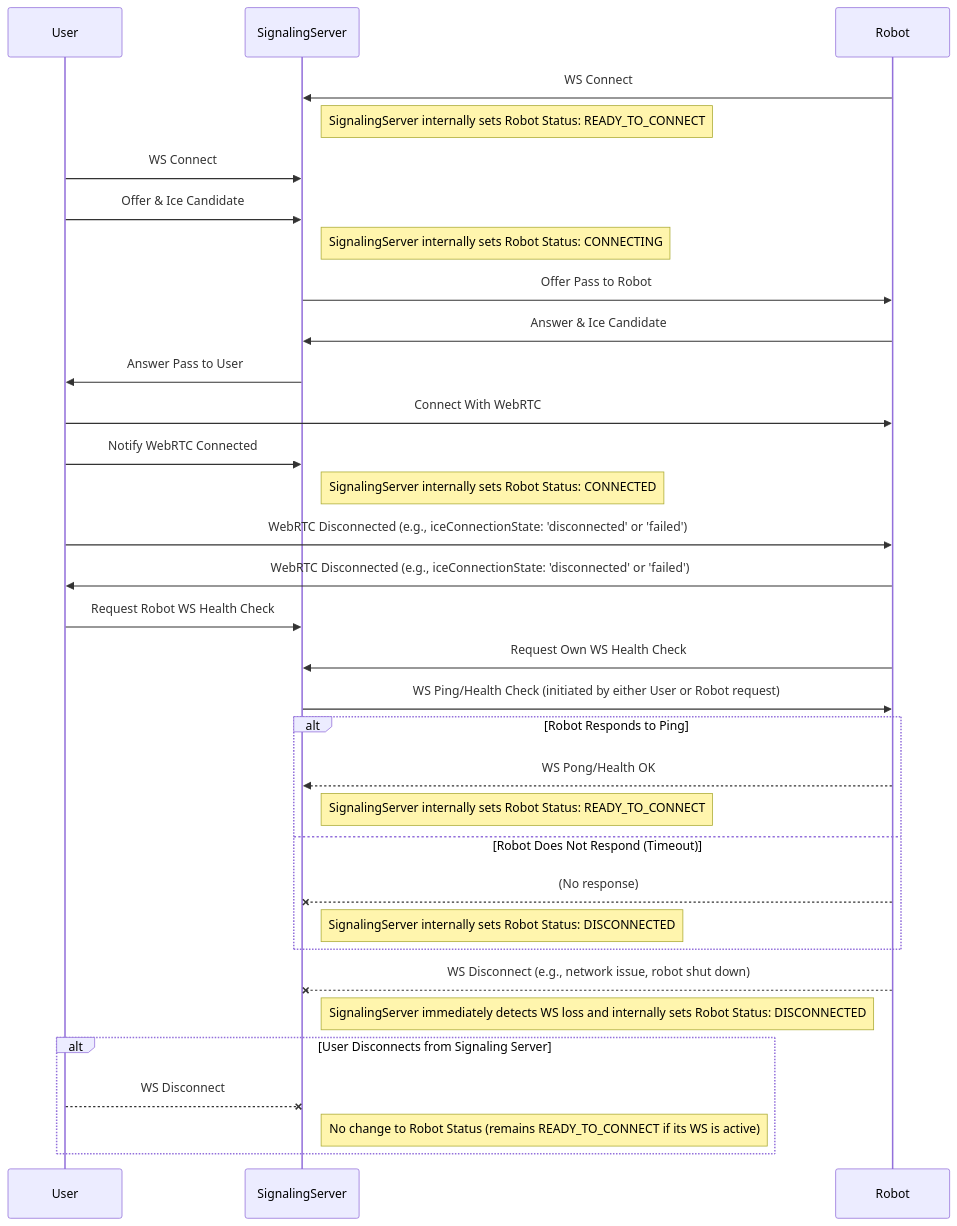
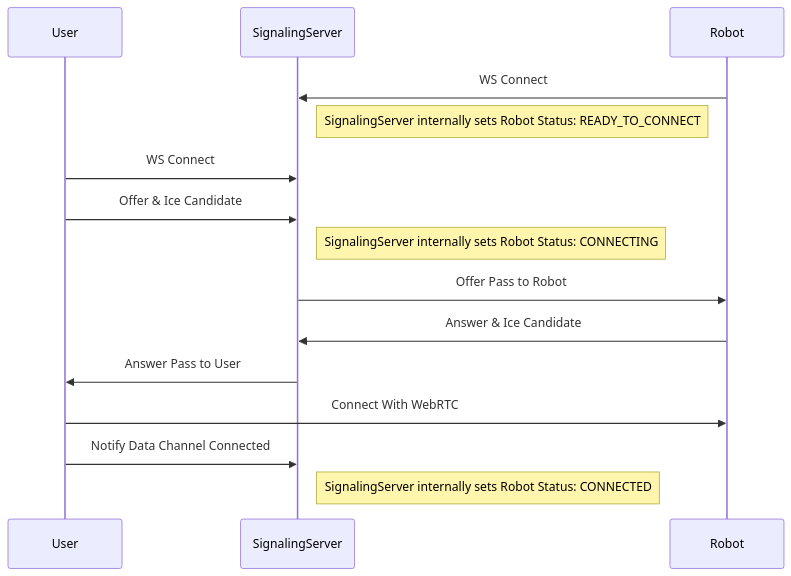
The first of 3 diagrams in docs/ROBOT_STATUS_FLOW.md (ACSL-MOSAIC/MOSAIC-Server), drawn with Mermaid before and after one commit. The commit also changed other lines of this file and 1 other file, not shown here.

Commit message:
Robot state flow

````diff
--- a/docs/ROBOT_STATUS_FLOW.md
+++ b/docs/ROBOT_STATUS_FLOW.md
@@ -3,44 +4,21 @@
 ```mermaid
 sequenceDiagram
     participant User
     participant SignalingServer
     participant Robot
 
     Robot ->> SignalingServer : WS Connect
     note right of SignalingServer: SignalingServer internally sets Robot Status: READY_TO_CONNECT
 
     User ->> SignalingServer : WS Connect
     User ->> SignalingServer : Offer & Ice Candidate
     note right of SignalingServer: SignalingServer internally sets Robot Status: CONNECTING
 
     SignalingServer ->> Robot : Offer Pass to Robot
     Robot ->> SignalingServer : Answer & Ice Candidate
     SignalingServer ->> User : Answer Pass to User
 
     User ->> Robot : Connect With WebRTC
-    User ->> SignalingServer : Notify WebRTC Connected
+    User ->> SignalingServer : Notify Data Channel Connected
     note right of SignalingServer: SignalingServer internally sets Robot Status: CONNECTED
-
-    User ->> Robot: WebRTC Disconnected (e.g., iceConnectionState: 'disconnected' or 'failed')
-    Robot ->> User: WebRTC Disconnected (e.g., iceConnectionState: 'disconnected' or 'failed')
-
-    User ->> SignalingServer : Request Robot WS Health Check
-    Robot ->> SignalingServer : Request Own WS Health Check
-
-    SignalingServer ->> Robot : WS Ping/Health Check (initiated by either User or Robot request)
-    alt Robot Responds to Ping
-        Robot -->> SignalingServer : WS Pong/Health OK
-        note right of SignalingServer: SignalingServer internally sets Robot Status: READY_TO_CONNECT
-    else Robot Does Not Respond (Timeout)
-        Robot --x SignalingServer : (No response)
-        note right of SignalingServer: SignalingServer internally sets Robot Status: DISCONNECTED
-    end
-
-    Robot --x SignalingServer : WS Disconnect (e.g., network issue, robot shut down)
-    note right of SignalingServer: SignalingServer immediately detects WS loss and internally sets Robot Status: DISCONNECTED
-
-    alt User Disconnects from Signaling Server
-        User --x SignalingServer : WS Disconnect
-        note right of SignalingServer: No change to Robot Status (remains READY_TO_CONNECT if its WS is active)
-    end
 ```
````
